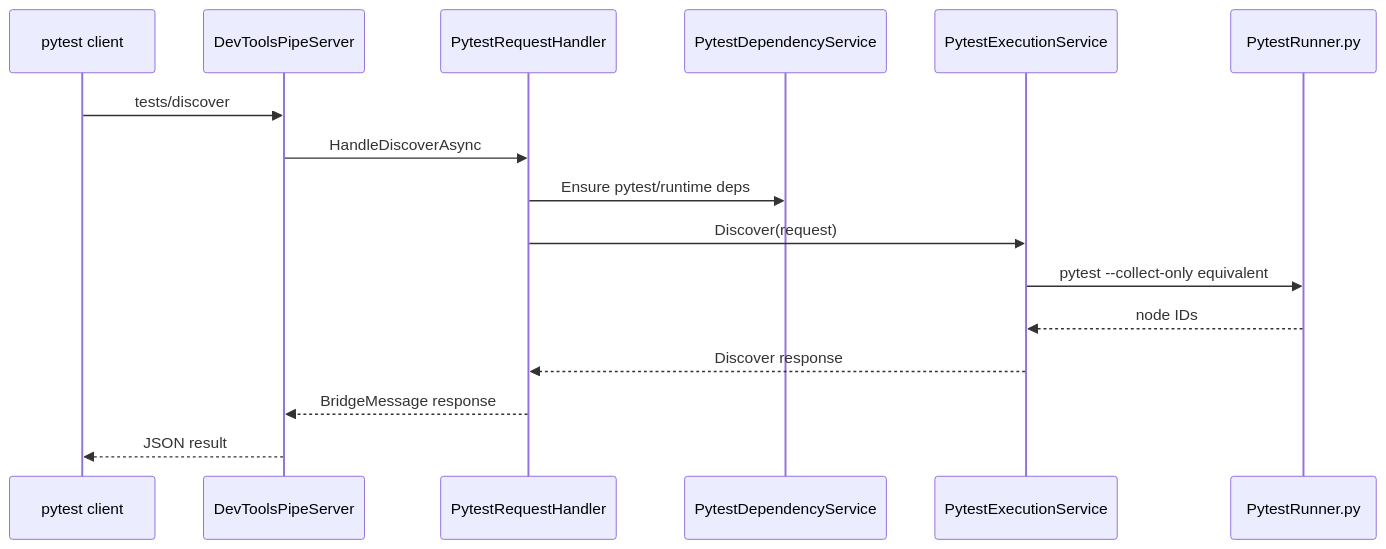
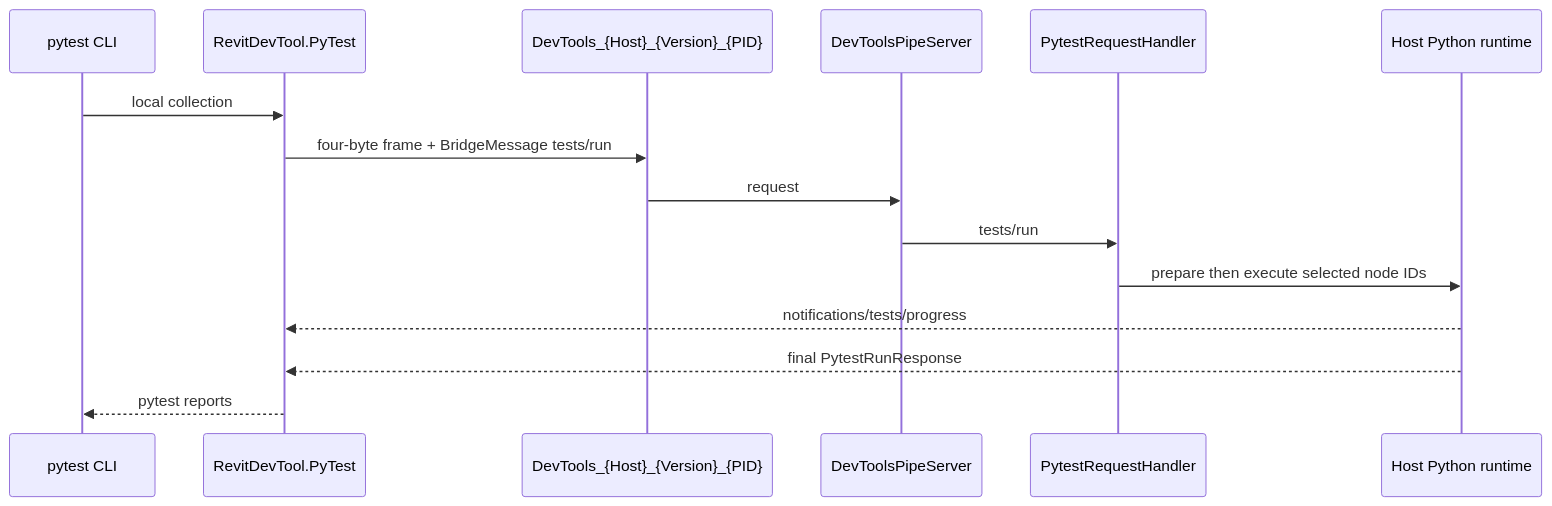
The diagram in docs/PyTest/README.md (trgiangv/RevitDevTool), drawn with Mermaid before and after one commit. The commit also changed other lines of this file and 12 other files, not shown here.

Commit message:
docs: describe MCP runtime v2 architecture

````diff
--- a/docs/PyTest/README.md
+++ b/docs/PyTest/README.md
@@ -69,19 +5,18 @@
 ```mermaid
 sequenceDiagram
-    participant Client as pytest client
-    participant Pipe as DevToolsPipeServer
+    participant CLI as pytest CLI
+    participant Plugin as RevitDevTool.PyTest
+    participant Pipe as DevTools_{Host}_{Version}_{PID}
+    participant Server as DevToolsPipeServer
     participant Handler as PytestRequestHandler
-    participant Deps as PytestDependencyService
-    participant Exec as PytestExecutionService
-    participant Runner as PytestRunner.py
+    participant Host as Host Python runtime
 
-    Client->>Pipe: tests/discover
-    Pipe->>Handler: HandleDiscoverAsync
-    Handler->>Deps: Ensure pytest/runtime deps
-    Handler->>Exec: Discover(request)
-    Exec->>Runner: pytest --collect-only equivalent
-    Runner-->>Exec: node IDs
-    Exec-->>Handler: Discover response
-    Handler-->>Pipe: BridgeMessage response
-    Pipe-->>Client: JSON result
+    CLI->>Plugin: local collection
+    Plugin->>Pipe: four-byte frame + BridgeMessage tests/run
+    Pipe->>Server: request
+    Server->>Handler: tests/run
+    Handler->>Host: prepare then execute selected node IDs
+    Host-->>Plugin: notifications/tests/progress
+    Host-->>Plugin: final PytestRunResponse
+    Plugin-->>CLI: pytest reports
 ```
````
